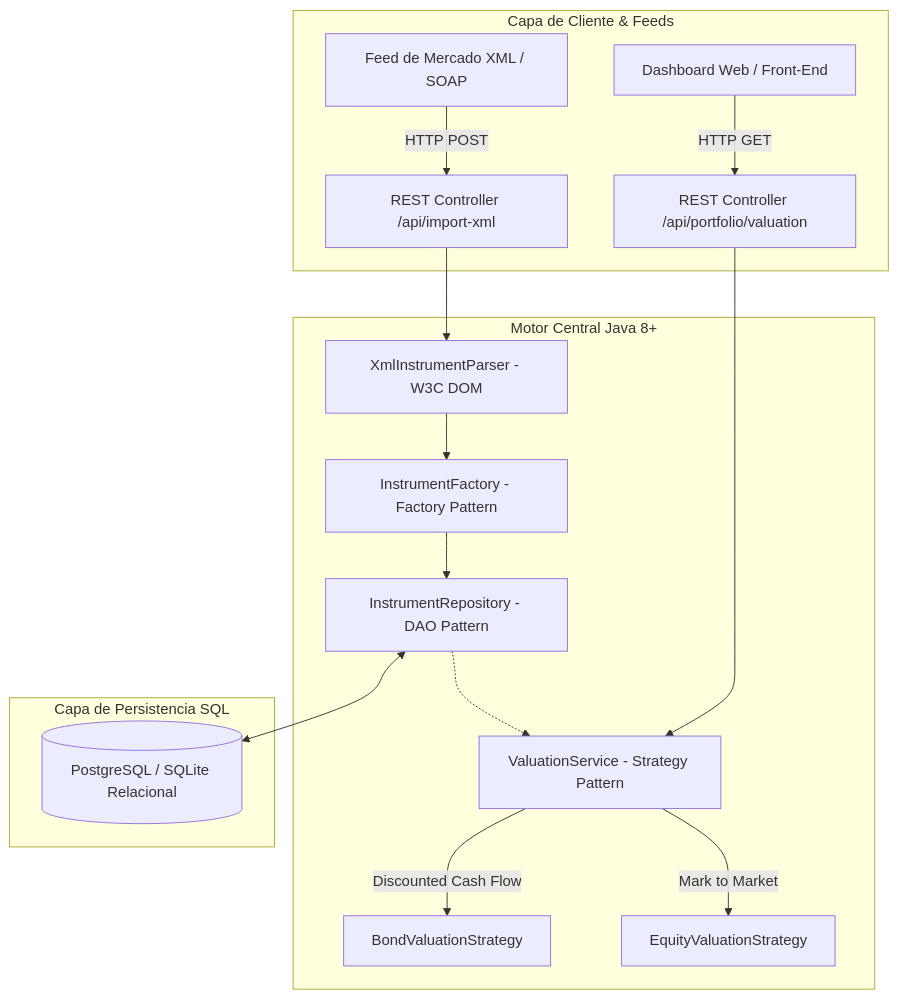
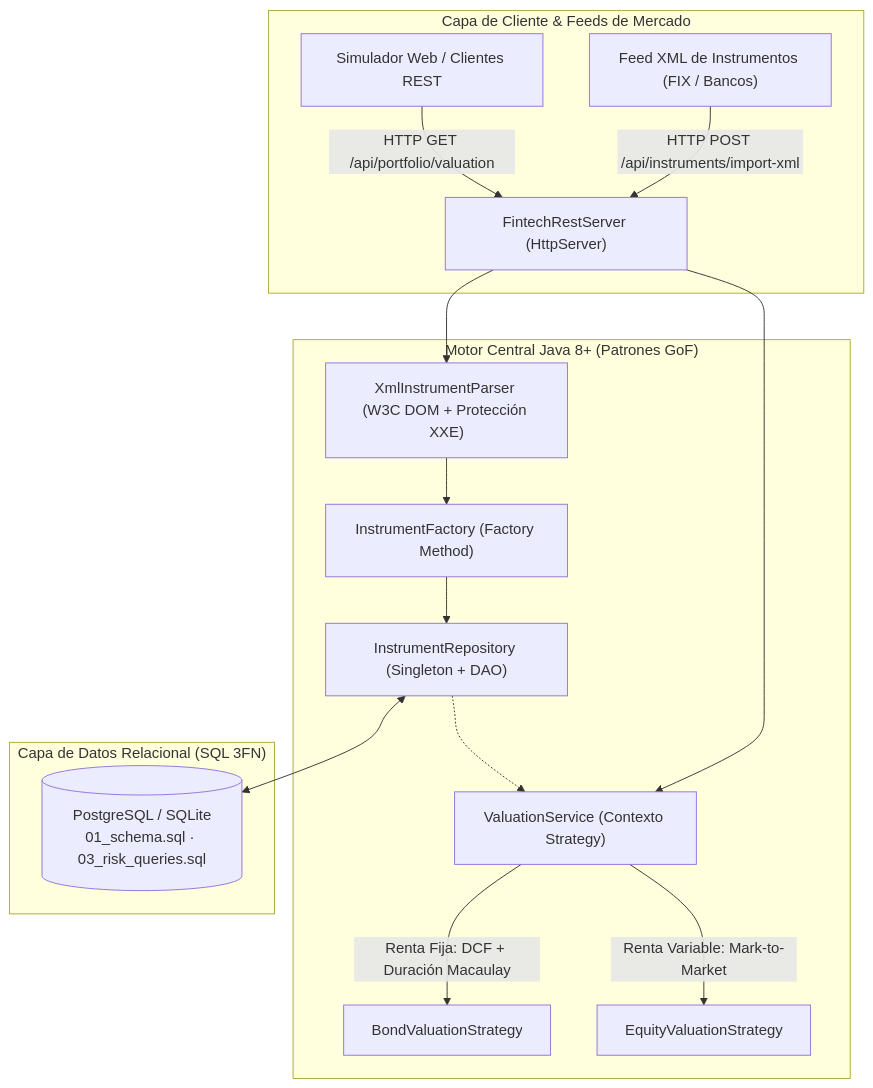
Before and after one commit to juanCovili/fintech-instrument-service: the first of 2 diagrams in README.md, drawn with Mermaid. The commit also changed other lines of this file, not shown here.

Commit message:
docs: add Mermaid diagrams, visual preview, and test suite documentation

````diff
--- a/README.md
+++ b/README.md
@@ -17,21 +21,21 @@
 ```mermaid
 flowchart TD
-    subgraph ClientLayer ["Capa de Cliente & Feeds"]
-        A[Feed de Mercado XML / SOAP] -->|HTTP POST| E[REST Controller /api/import-xml]
-        B[Dashboard Web / Front-End] -->|HTTP GET| F[REST Controller /api/portfolio/valuation]
+    subgraph ClientLayer ["Capa de Cliente & Feeds de Mercado"]
+        A["Feed XML de Instrumentos (FIX / Bancos)"] -->|HTTP POST /api/instruments/import-xml| E["FintechRestServer (HttpServer)"]
+        B["Simulador Web / Clientes REST"] -->|HTTP GET /api/portfolio/valuation| E
     end
 
-    subgraph CoreEngine ["Motor Central Java 8+"]
-        E --> G[XmlInstrumentParser - W3C DOM]
-        G --> H[InstrumentFactory - Factory Pattern]
-        H --> I[InstrumentRepository - DAO Pattern]
-        F --> J[ValuationService - Strategy Pattern]
-        J -->|Discounted Cash Flow| K[BondValuationStrategy]
-        J -->|Mark to Market| L[EquityValuationStrategy]
+    subgraph CoreEngine ["Motor Central Java 8+ (Patrones GoF)"]
+        E --> G["XmlInstrumentParser (W3C DOM + Protección XXE)"]
+        G --> H["InstrumentFactory (Factory Method)"]
+        H --> I["InstrumentRepository (Singleton + DAO)"]
+        E --> J["ValuationService (Contexto Strategy)"]
+        J -->|Renta Fija: DCF + Duración Macaulay| K["BondValuationStrategy"]
+        J -->|Renta Variable: Mark-to-Market| L["EquityValuationStrategy"]
         I -.-> J
     end
 
-    subgraph DatabaseLayer ["Capa de Persistencia SQL"]
-        I <--> M[(PostgreSQL / SQLite Relacional)]
+    subgraph PersistenceLayer ["Capa de Datos Relacional (SQL 3FN)"]
+        I <--> M[("PostgreSQL / SQLite\n01_schema.sql · 03_risk_queries.sql")]
     end
 ```
````
